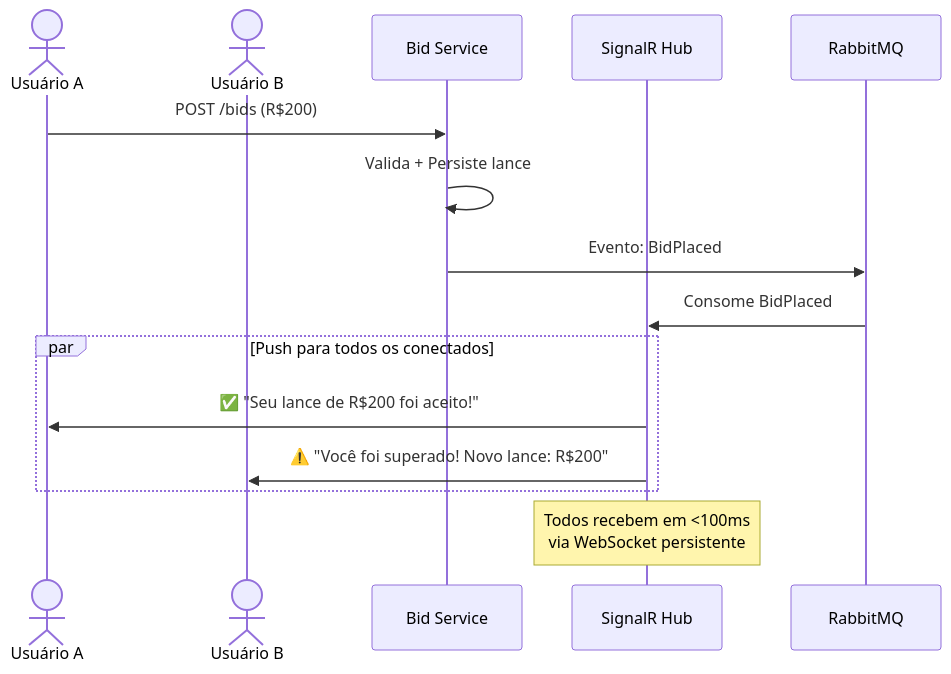
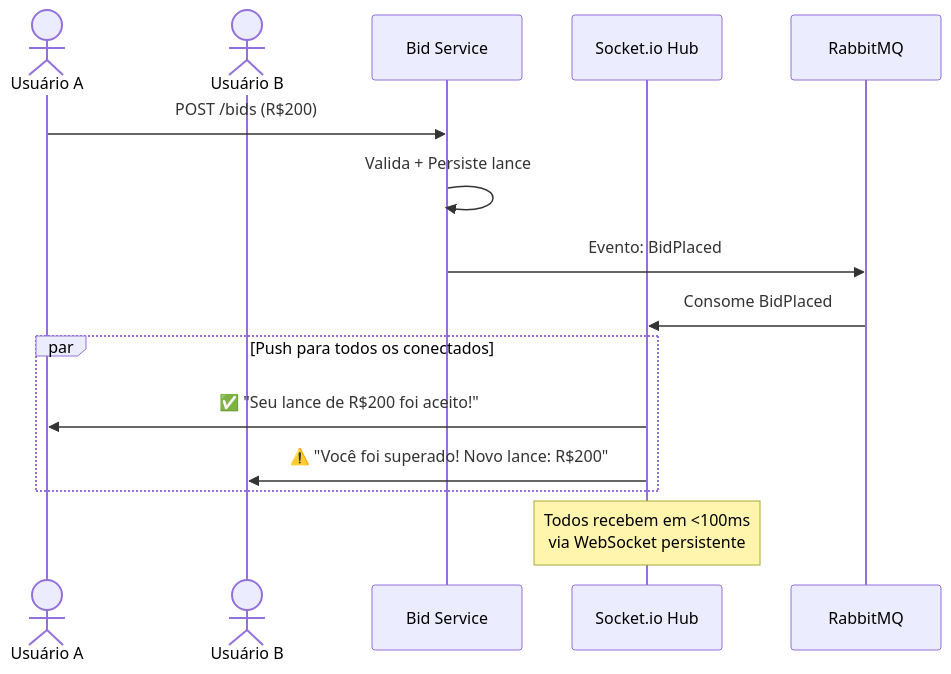
One commit to samuka7abr/no-crud-projects changed the sixth of 8 diagrams in Leilao/README.md. Above: the diagram before and after it, drawn with Mermaid. The commit also changed other lines of this file, not shown here.

````diff
--- a/Leilao/README.md
+++ b/Leilao/README.md
@@ -211,21 +332,21 @@
 ```mermaid
 sequenceDiagram
     actor User_A as Usuário A
     actor User_B as Usuário B
     participant API as Bid Service
-    participant Hub as SignalR Hub
+    participant Hub as Socket.io Hub
     participant RMQ as RabbitMQ
 
     User_A->>API: POST /bids (R$200)
     API->>API: Valida + Persiste lance
     API->>RMQ: Evento: BidPlaced
 
     RMQ->>Hub: Consome BidPlaced
 
     par Push para todos os conectados
         Hub->>User_A: ✅ "Seu lance de R$200 foi aceito!"
         Hub->>User_B: ⚠️ "Você foi superado! Novo lance: R$200"
     end
 
     Note over Hub: Todos recebem em <100ms<br/>via WebSocket persistente
 ```
````
